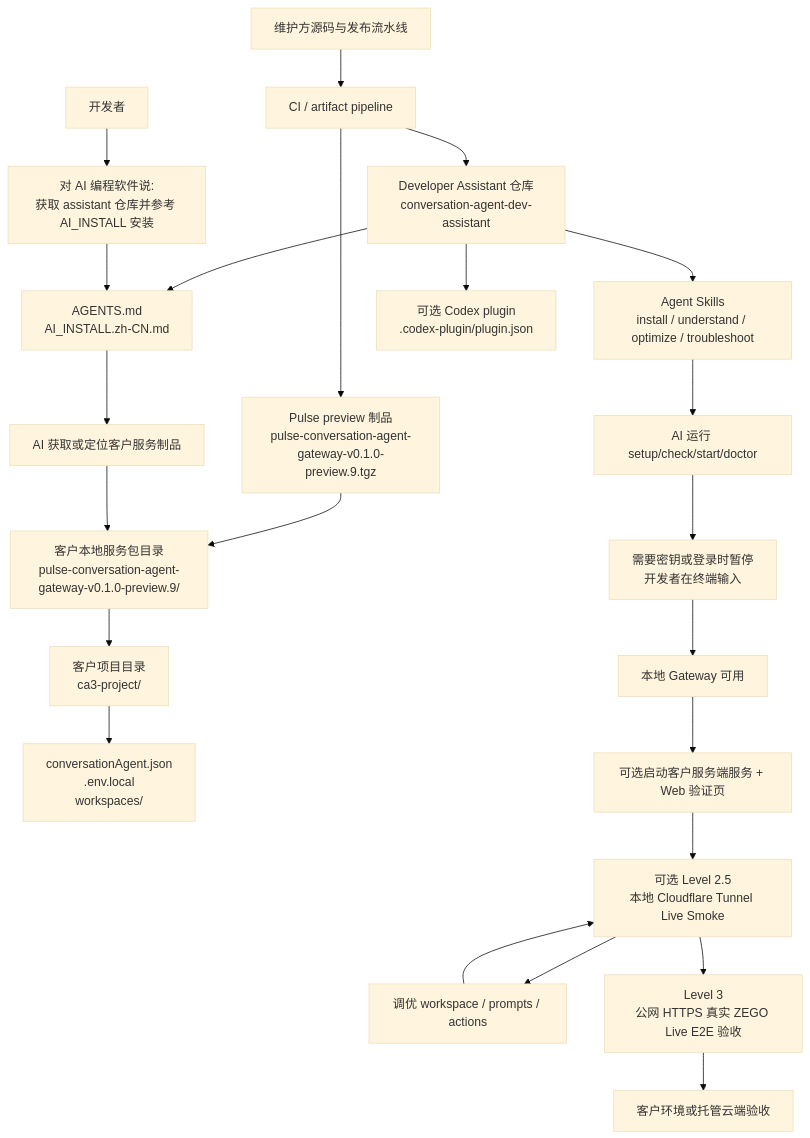
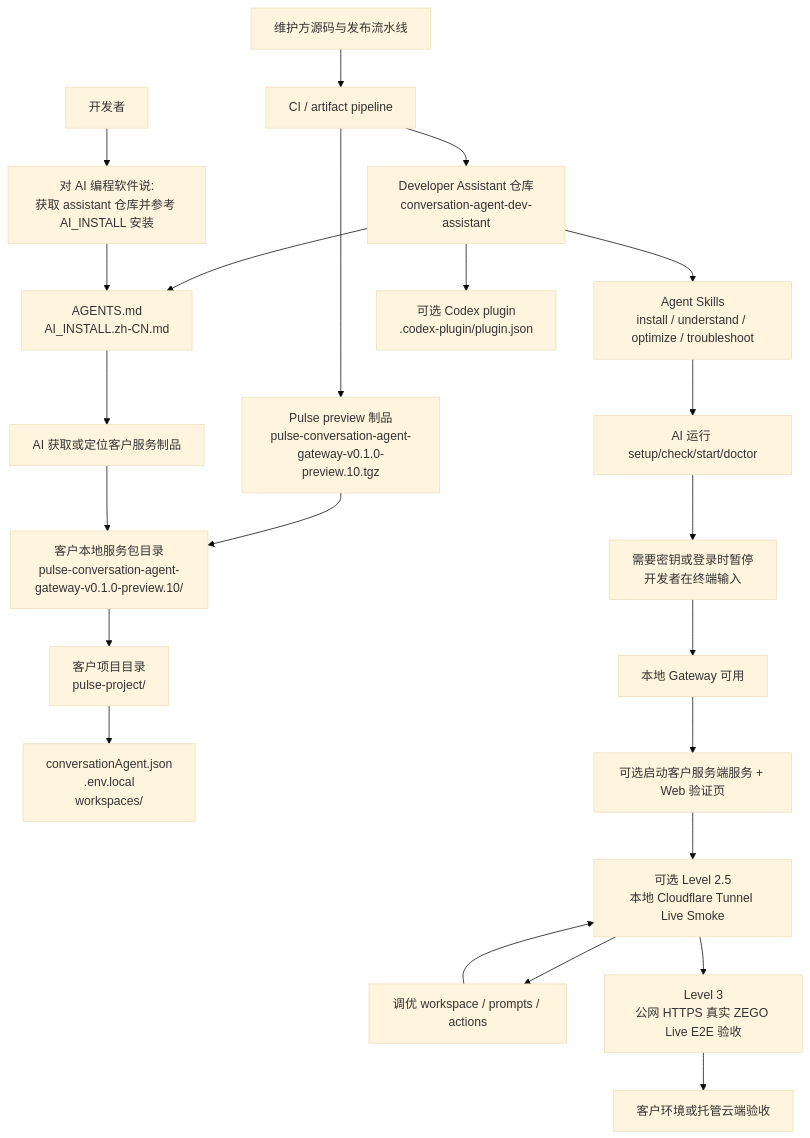
The diagram in README.zh-CN.md (ZEGOCLOUD/conversation-agent-dev-assistant), drawn with Mermaid (base theme) before and after one commit. The commit also changed other lines of this file and 20 other files, not shown here.

Commit message:
docs: point assistant to pulse preview 0.1.0-preview.10

````diff
--- a/README.zh-CN.md
+++ b/README.zh-CN.md
@@ -16,28 +16,28 @@
 ```mermaid
 flowchart TD
   A["维护方源码与发布流水线"] --> B["CI / artifact pipeline"]
-  B --> C["Pulse preview 制品<br/>pulse-conversation-agent-gateway-v0.1.0-preview.9.tgz"]
+  B --> C["Pulse preview 制品<br/>pulse-conversation-agent-gateway-v0.1.0-preview.10.tgz"]
   B --> D["Developer Assistant 仓库<br/>conversation-agent-dev-assistant"]
 
-  C --> E["客户本地服务包目录<br/>pulse-conversation-agent-gateway-v0.1.0-preview.9/"]
-  E --> F["客户项目目录<br/>ca3-project/"]
+  C --> E["客户本地服务包目录<br/>pulse-conversation-agent-gateway-v0.1.0-preview.10/"]
+  E --> F["客户项目目录<br/>pulse-project/"]
   F --> G["conversationAgent.json<br/>.env.local<br/>workspaces/"]
 
   D --> H["AGENTS.md<br/>AI_INSTALL.zh-CN.md"]
   D --> I["Agent Skills<br/>install / understand / optimize / troubleshoot"]
   D --> J["可选 Codex plugin<br/>.codex-plugin/plugin.json"]
 
   K["开发者"] --> L["对 AI 编程软件说:<br/>获取 assistant 仓库并参考 AI_INSTALL 安装"]
   L --> H
   H --> M["AI 获取或定位客户服务制品"]
   M --> E
   I --> N["AI 运行 setup/check/start/doctor"]
   N --> O["需要密钥或登录时暂停<br/>开发者在终端输入"]
   O --> P["本地 Gateway 可用"]
   P --> Q["可选启动客户服务端服务 + Web 验证页"]
   Q --> R["可选 Level 2.5<br/>本地 Cloudflare Tunnel Live Smoke"]
   R --> S["调优 workspace / prompts / actions"]
   S --> R
   R --> T["Level 3<br/>公网 HTTPS 真实 ZEGO Live E2E 验收"]
   T --> U["客户环境或托管云端验收"]
 ```
````
